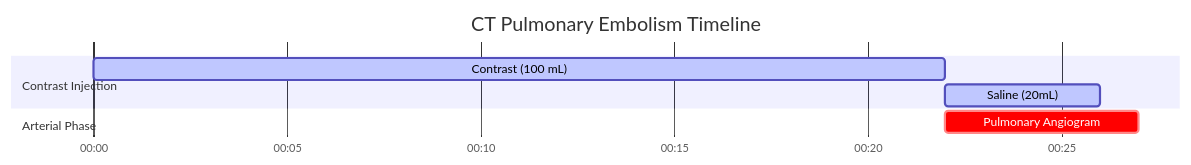
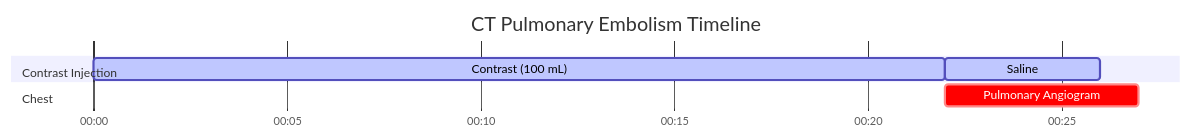
One commit to dfergs93/radiology-protocols changed the diagram in docs/ct/chest/ct-pulmonary-embolism.md. Above: the diagram before and after it, drawn with Mermaid. The commit also changed other lines of this file and 101 other files, not shown here.

````diff
--- a/docs/ct/chest/ct-pulmonary-embolism.md
+++ b/docs/ct/chest/ct-pulmonary-embolism.md
@@ -84,16 +85,18 @@
   ```mermaid
   ---
+  displayMode: compact
   config:
     theme: default
+    themeCSS: " #Saline{ fill: #4ed5ff; stroke: #2094f3; } "
   ---
     gantt
       title CT Pulmonary Embolism Timeline
       dateFormat mm:ss
       axisFormat %M:%S 
       
       section Contrast Injection
       Contrast (100 mL)    :active, contrast, 00:00, 22s
-      Saline (20mL)          :active, saline, after contrast, 4s
-      section Arterial Phase
+      Saline          :active, saline, after contrast, 4s
+      section Chest
       Pulmonary Angiogram    :crit, scan1, after contrast, 5s
   ```
````
